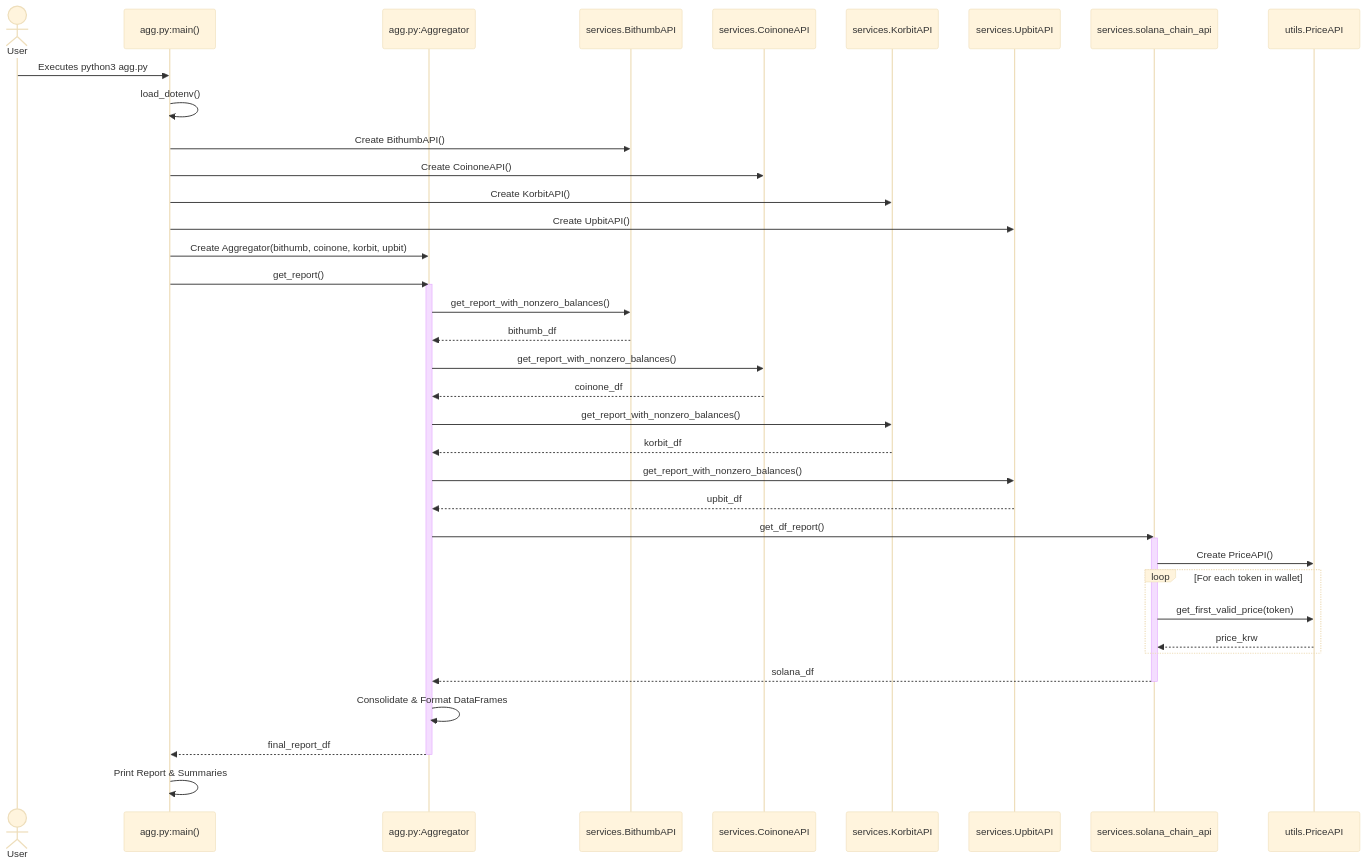
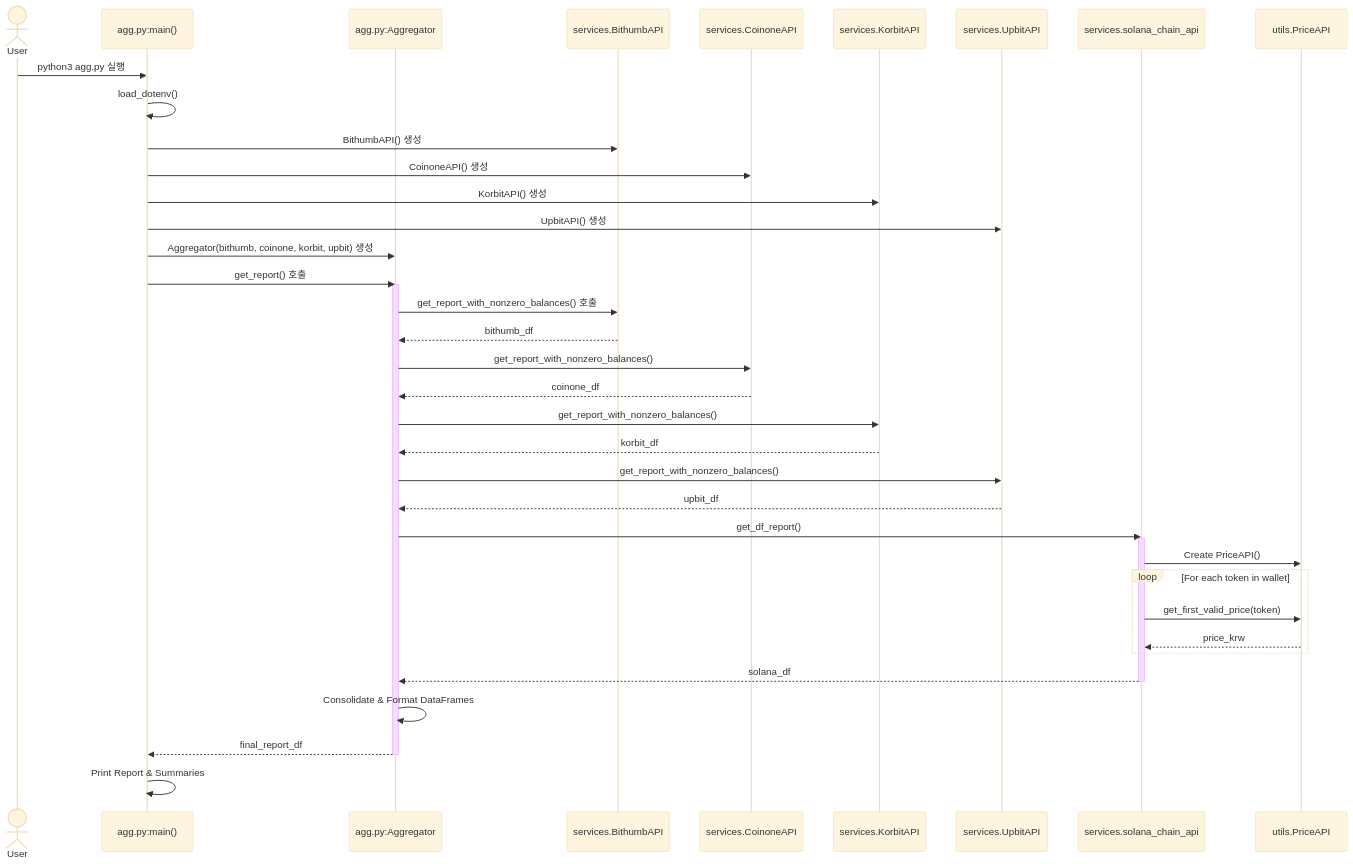
The diagram in README.md (jaysys/crypto_agg), drawn with Mermaid (base theme) before and after one commit. The commit also changed other lines of this file and 3 other files, not shown here.

````diff
--- a/README.md
+++ b/README.md
@@ -179,47 +179,47 @@
 ```mermaid
 sequenceDiagram
     actor User
     participant M as agg.py:main()
     participant A as agg.py:Aggregator
     participant Bithumb as services.BithumbAPI
     participant Coinone as services.CoinoneAPI
     participant Korbit as services.KorbitAPI
     participant Upbit as services.UpbitAPI
     participant SolanaChain as services.solana_chain_api
     participant PriceFetcher as utils.PriceAPI
 
-    User->>M: Executes python3 agg.py
+    User->>M: python3 agg.py 실행
     M->>M: load_dotenv()
-    M->>Bithumb: Create BithumbAPI()
-    M->>Coinone: Create CoinoneAPI()
-    M->>Korbit: Create KorbitAPI()
-    M->>Upbit: Create UpbitAPI()
-    M->>A: Create Aggregator(bithumb, coinone, korbit, upbit)
-    M->>A: get_report()
+    M->>Bithumb: BithumbAPI() 생성
+    M->>Coinone: CoinoneAPI() 생성
+    M->>Korbit: KorbitAPI() 생성
+    M->>Upbit: UpbitAPI() 생성
+    M->>A: Aggregator(bithumb, coinone, korbit, upbit) 생성
+    M->>A: get_report() 호출
 
     activate A
-    A->>Bithumb: get_report_with_nonzero_balances()
+    A->>Bithumb: get_report_with_nonzero_balances() 호출
     Bithumb-->>A: bithumb_df
     A->>Coinone: get_report_with_nonzero_balances()
     Coinone-->>A: coinone_df
     A->>Korbit: get_report_with_nonzero_balances()
     Korbit-->>A: korbit_df
     A->>Upbit: get_report_with_nonzero_balances()
     Upbit-->>A: upbit_df
 
     A->>SolanaChain: get_df_report()
     activate SolanaChain
     SolanaChain->>PriceFetcher: Create PriceAPI()
     loop For each token in wallet
         SolanaChain->>PriceFetcher: get_first_valid_price(token)
         PriceFetcher-->>SolanaChain: price_krw
     end
     SolanaChain-->>A: solana_df
     deactivate SolanaChain
 
     A->>A: Consolidate & Format DataFrames
     A-->>M: final_report_df
     deactivate A
 
     M->>M: Print Report & Summaries
 ```
````
